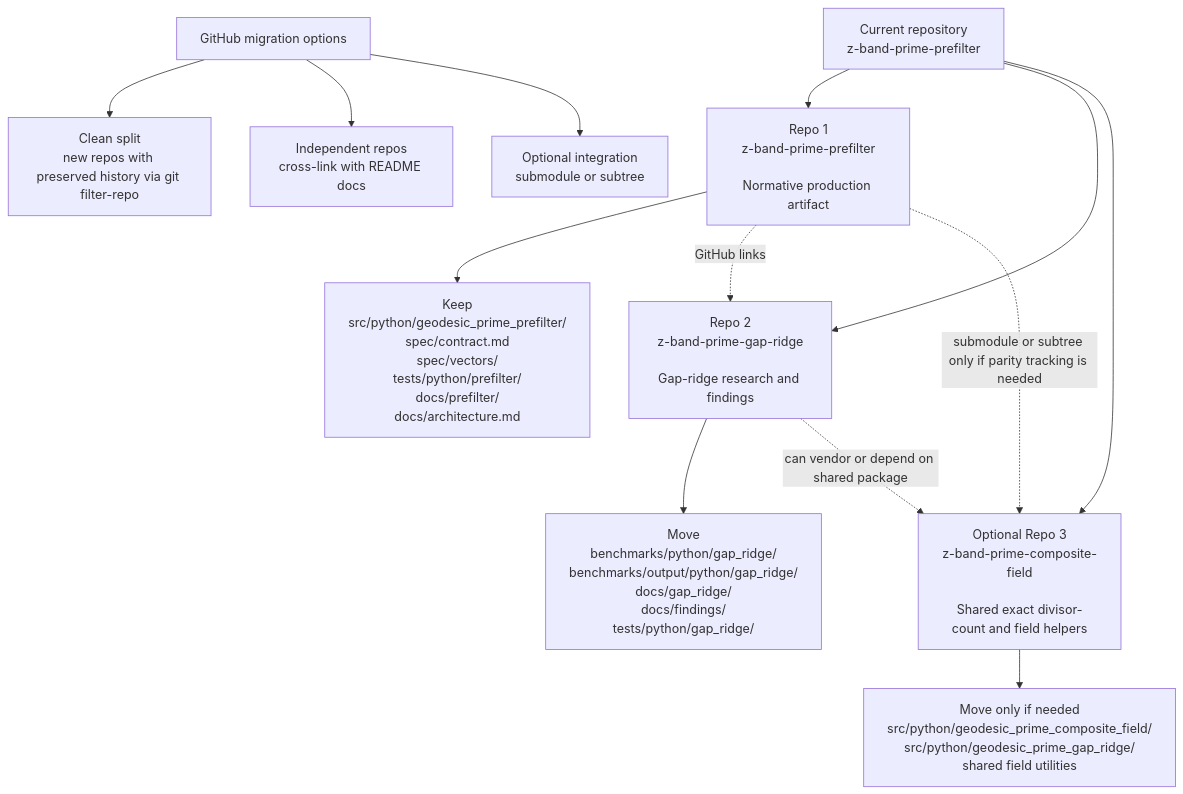
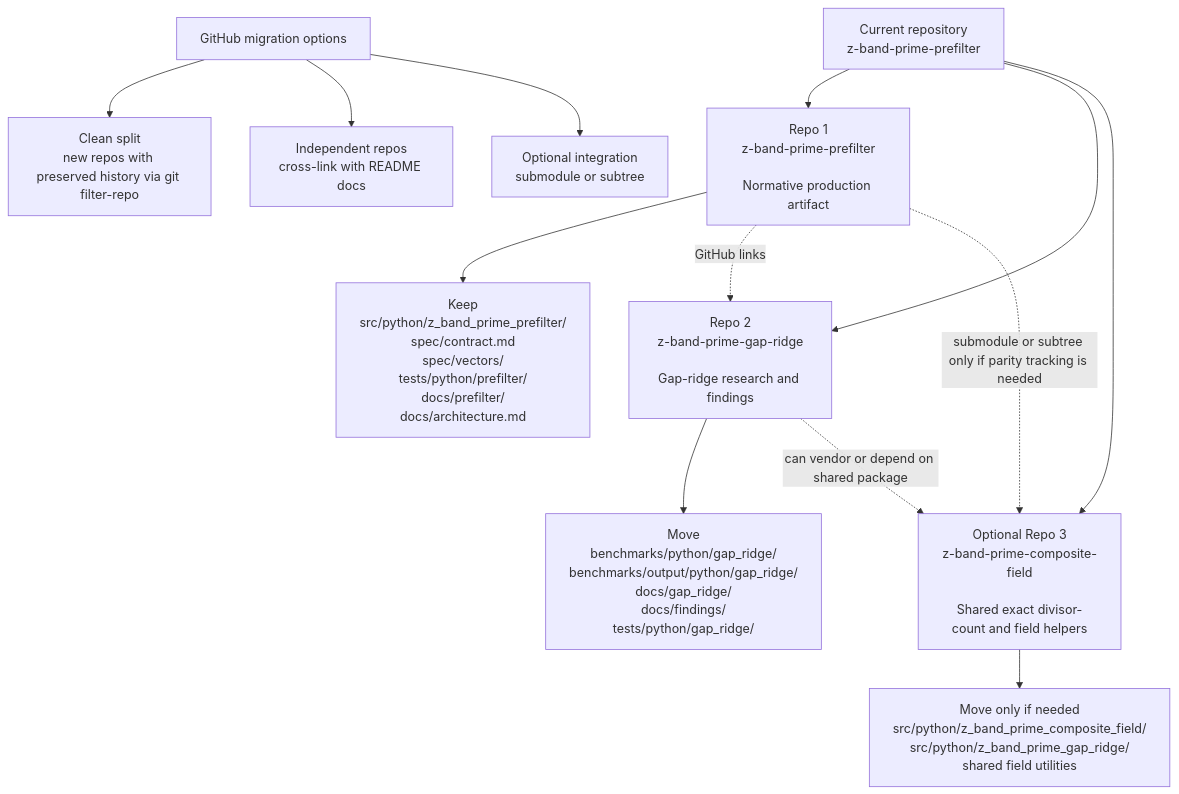
One commit to zfifteen/geodesic-prime-prefilter changed the diagram in docs/repo_split_diagram.md. Above: the diagram before and after it, drawn with Mermaid. The commit also changed 31 other files, not shown here.

````diff
--- a/docs/repo_split_diagram.md
+++ b/docs/repo_split_diagram.md
@@ -3,18 +3,18 @@
 ```mermaid
 flowchart TB
     A["Current repository<br/>z-band-prime-prefilter"] --> B["Repo 1<br/>z-band-prime-prefilter<br/><br/>Normative production artifact"]
     A --> C["Repo 2<br/>z-band-prime-gap-ridge<br/><br/>Gap-ridge research and findings"]
     A --> D["Optional Repo 3<br/>z-band-prime-composite-field<br/><br/>Shared exact divisor-count and field helpers"]
 
-    B --> B1["Keep<br/>src/python/geodesic_prime_prefilter/<br/>spec/contract.md<br/>spec/vectors/<br/>tests/python/prefilter/<br/>docs/prefilter/<br/>docs/architecture.md"]
+    B --> B1["Keep<br/>src/python/z_band_prime_prefilter/<br/>spec/contract.md<br/>spec/vectors/<br/>tests/python/prefilter/<br/>docs/prefilter/<br/>docs/architecture.md"]
     C --> C1["Move<br/>benchmarks/python/gap_ridge/<br/>benchmarks/output/python/gap_ridge/<br/>docs/gap_ridge/<br/>docs/findings/<br/>tests/python/gap_ridge/"]
-    D --> D1["Move only if needed<br/>src/python/geodesic_prime_composite_field/<br/>src/python/geodesic_prime_gap_ridge/<br/>shared field utilities"]
+    D --> D1["Move only if needed<br/>src/python/z_band_prime_composite_field/<br/>src/python/z_band_prime_gap_ridge/<br/>shared field utilities"]
 
     B -. "GitHub links" .-> C
     B -. "submodule or subtree only if parity tracking is needed" .-> D
     C -. "can vendor or depend on shared package" .-> D
 
     E["GitHub migration options"] --> E1["Clean split<br/>new repos with preserved history via git filter-repo"]
     E --> E2["Independent repos<br/>cross-link with README docs"]
     E --> E3["Optional integration<br/>submodule or subtree"]
 ```
````
